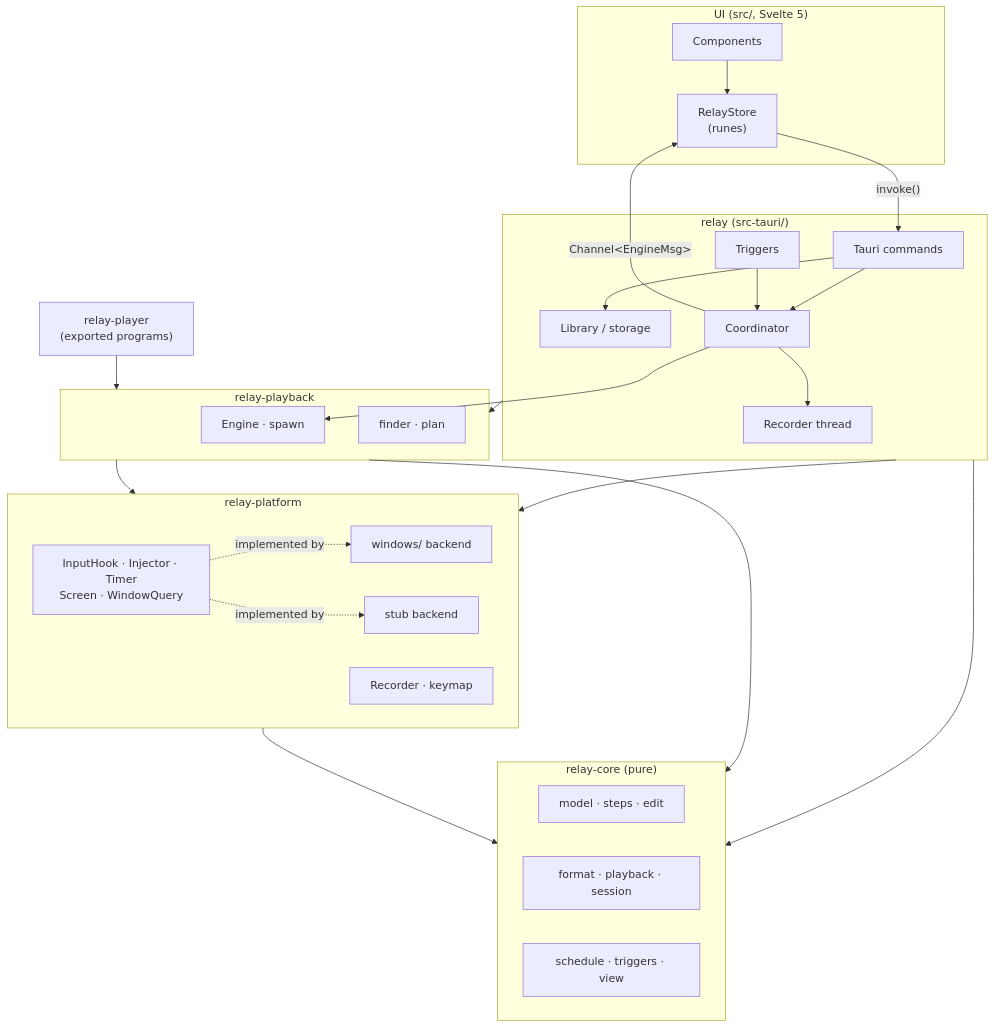
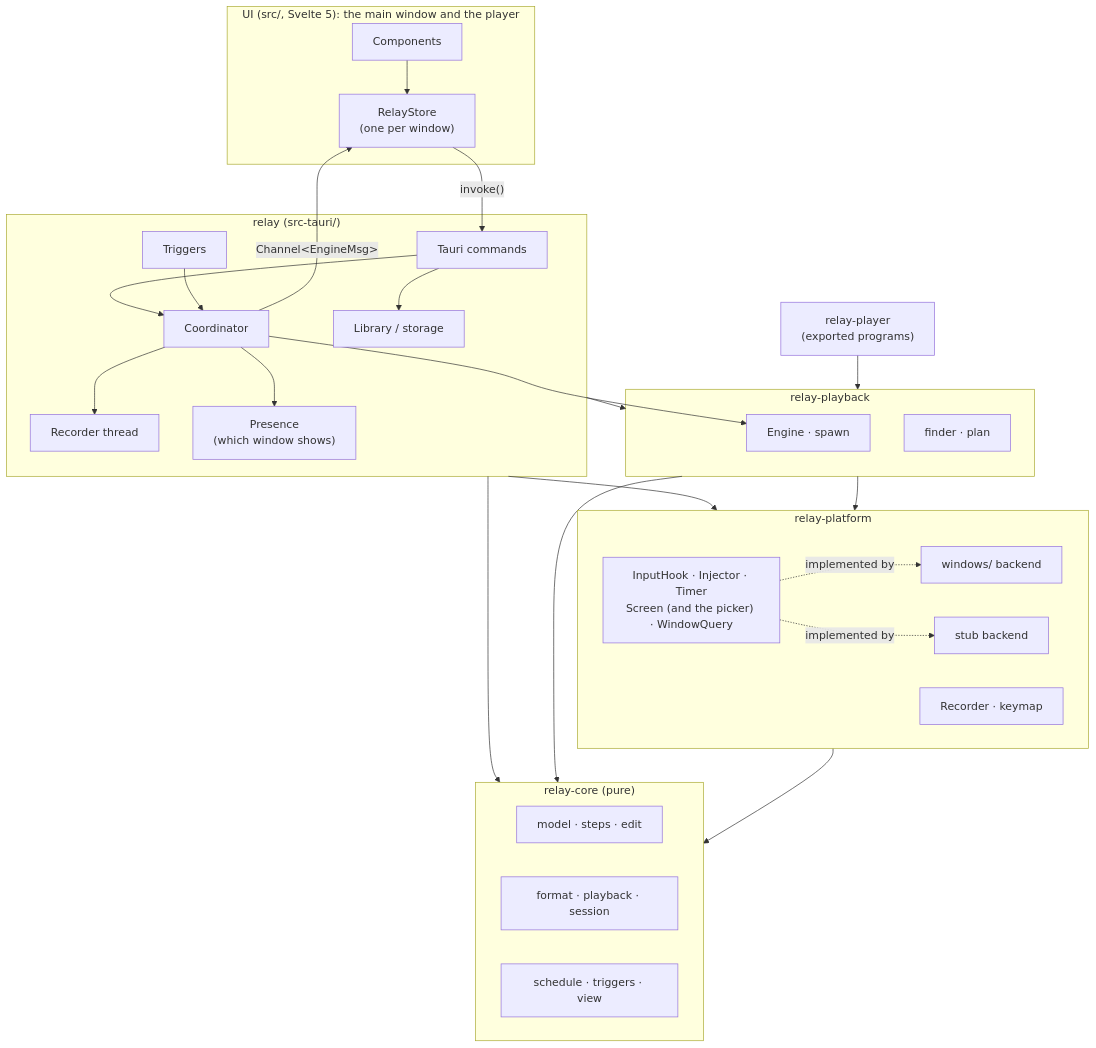
The first of 6 diagrams in docs/engineering/architecture.md (HappyRave/Relay), drawn with Mermaid before and after one commit. The commit also changed other lines of this file and 41 other files, not shown here.

````diff
--- a/docs/engineering/architecture.md
+++ b/docs/engineering/architecture.md
@@ -16,42 +16,44 @@
 ```mermaid
 flowchart TB
-    subgraph ui["UI (src/, Svelte 5)"]
-        store["RelayStore<br/>(runes)"]
+    subgraph ui["UI (src/, Svelte 5): the main window and the player"]
+        store["RelayStore<br/>(one per window)"]
         comps["Components"]
     end
     subgraph app["relay (src-tauri/)"]
         cmds["Tauri commands"]
         coord["Coordinator"]
         rec["Recorder thread"]
         trig["Triggers"]
         lib["Library / storage"]
+        pres["Presence<br/>(which window shows)"]
     end
     subgraph playback["relay-playback"]
         engine["Engine · spawn"]
         finder["finder · plan"]
     end
     player["relay-player<br/>(exported programs)"]
     subgraph platform["relay-platform"]
-        traits["InputHook · Injector · Timer<br/>Screen · WindowQuery"]
+        traits["InputHook · Injector · Timer<br/>Screen (and the picker) · WindowQuery"]
         win["windows/ backend"]
         stub["stub backend"]
         recorder["Recorder · keymap"]
     end
     subgraph core["relay-core (pure)"]
         model["model · steps · edit"]
         fmt["format · playback · session"]
         sched["schedule · triggers · view"]
     end
     comps --> store
     store -- "invoke()" --> cmds
     coord -- "Channel&lt;EngineMsg&gt;" --> store
     cmds --> coord & lib
+    coord --> pres
     coord --> engine
     coord --> rec
     trig --> coord
     app --> playback & platform & core
     player --> playback
     playback --> platform & core
     platform --> core
     traits -.implemented by.-> win & stub
 ```
````
